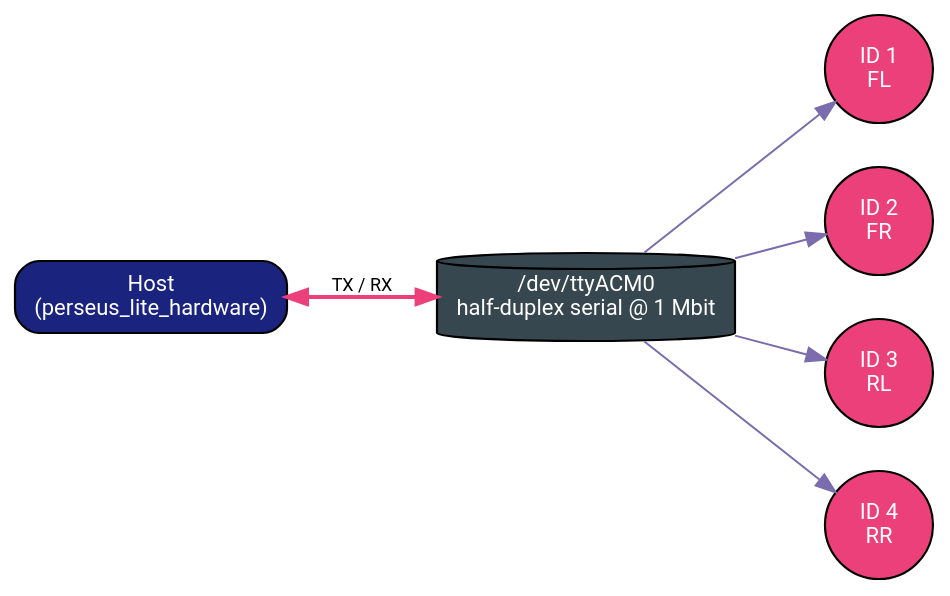
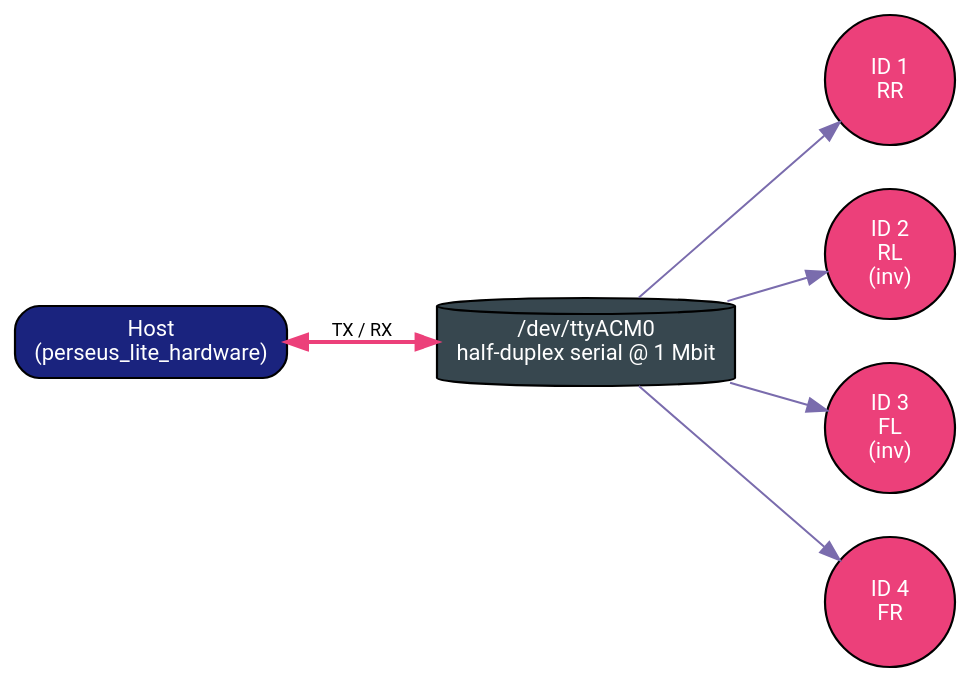
One commit to DingoOz/perseus-lite changed the first of 5 diagrams in docs/source/systems/st3215-protocol.md. Above: the diagram before and after it, drawn with Graphviz. The commit also changed other lines of this file, not shown here.

````diff
--- a/docs/source/systems/st3215-protocol.md
+++ b/docs/source/systems/st3215-protocol.md
@@ -14,23 +14,23 @@
 ```{graphviz}
 :caption: Single serial bus, four servos
 :align: center
 
 digraph st3215_bus {
     graph [rankdir=LR, bgcolor="transparent", fontname="Roboto", nodesep=0.3, ranksep=0.6];
     node  [fontname="Roboto", fontsize=11, style="filled,rounded", penwidth=1.1];
     edge  [fontname="Roboto", fontsize=9, color="#7a6cad"];
 
     host [label="Host\n(perseus_lite_hardware)", shape=box, fillcolor="#1a237e", fontcolor="white"];
     bus  [label="/dev/ttyACM0\nhalf-duplex serial @ 1 Mbit", shape=cylinder, fillcolor="#37474f", fontcolor="white"];
-    s1 [label="ID 1\nFL", shape=circle, fixedsize=true, width=0.75, fillcolor="#ec407a", fontcolor="white"];
-    s2 [label="ID 2\nFR", shape=circle, fixedsize=true, width=0.75, fillcolor="#ec407a", fontcolor="white"];
-    s3 [label="ID 3\nRL", shape=circle, fixedsize=true, width=0.75, fillcolor="#ec407a", fontcolor="white"];
-    s4 [label="ID 4\nRR", shape=circle, fixedsize=true, width=0.75, fillcolor="#ec407a", fontcolor="white"];
+    s1 [label="ID 1\nRR", shape=circle, fixedsize=true, width=0.9, fillcolor="#ec407a", fontcolor="white"];
+    s2 [label="ID 2\nRL\n(inv)", shape=circle, fixedsize=true, width=0.9, fillcolor="#ec407a", fontcolor="white"];
+    s3 [label="ID 3\nFL\n(inv)", shape=circle, fixedsize=true, width=0.9, fillcolor="#ec407a", fontcolor="white"];
+    s4 [label="ID 4\nFR", shape=circle, fixedsize=true, width=0.9, fillcolor="#ec407a", fontcolor="white"];
 
     host -> bus  [dir=both, label="TX / RX", penwidth=2.0, color="#ec407a"];
     bus  -> s1;
     bus  -> s2;
     bus  -> s3;
     bus  -> s4;
 }
 ```
````
